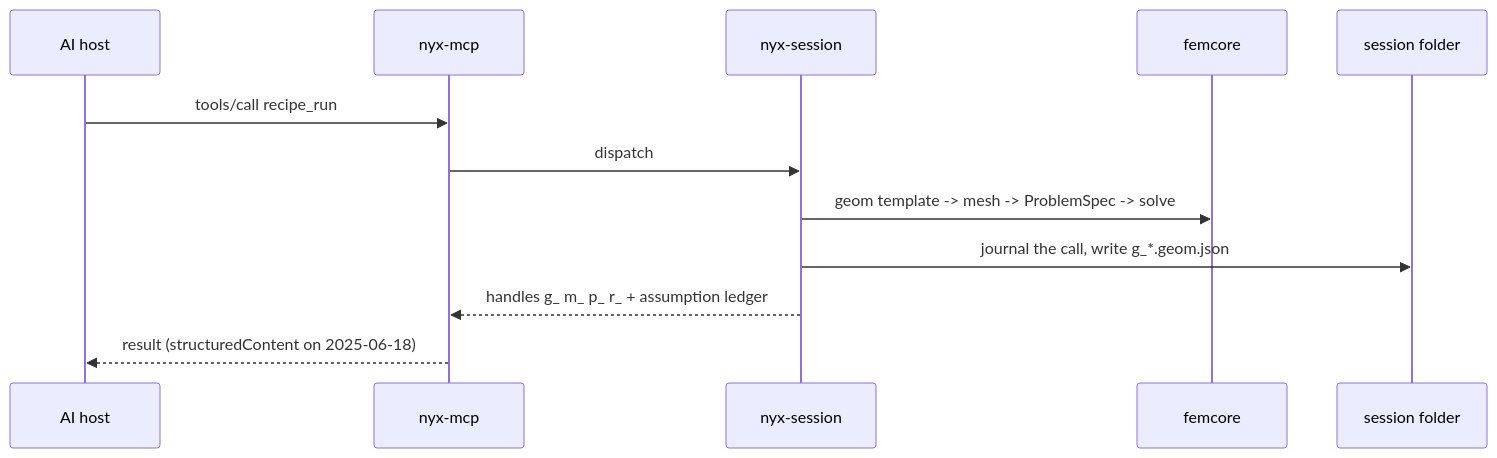
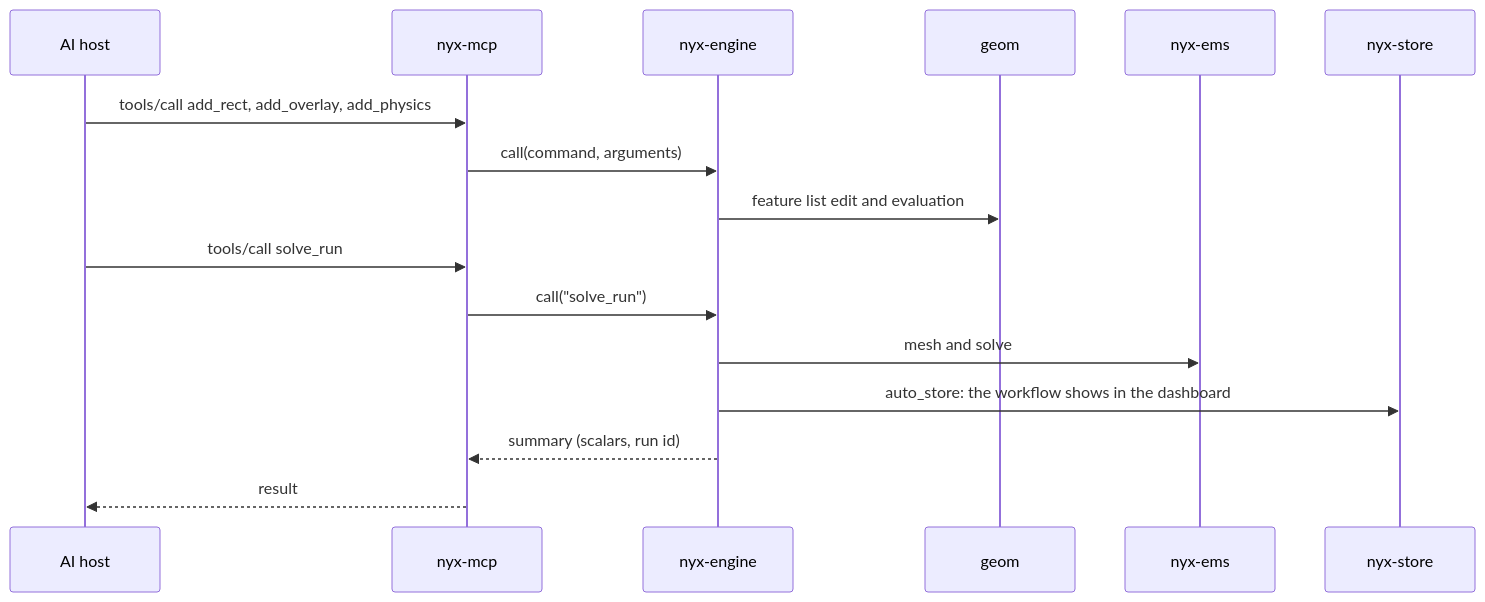
Before and after one commit to p-j-r/nyx: the sixth of 7 diagrams in docs/architecture/diagrams.md, drawn with Mermaid. The commit also changed other lines of this file and 50 other files, not shown here.

````diff
--- a/docs/architecture/diagrams.md
+++ b/docs/architecture/diagrams.md
@@ -136,14 +163,18 @@
 ```mermaid
 sequenceDiagram
-  participant H as AI host
+  participant A as AI host
   participant M as nyx-mcp
-  participant S as nyx-session
-  participant F as femcore
-  participant J as session folder
-  H->>M: tools/call recipe_run
-  M->>S: dispatch
-  S->>F: geom template -> mesh -> ProblemSpec -> solve
-  S->>J: journal the call, write g_*.geom.json
-  S-->>M: handles g_ m_ p_ r_ + assumption ledger
-  M-->>H: result (structuredContent on 2025-06-18)
+  participant E as nyx-engine
+  participant G as geom
+  participant K as nyx-ems
+  participant S as nyx-store
+  A->>M: tools/call add_rect, add_overlay, add_physics
+  M->>E: call(command, arguments)
+  E->>G: feature list edit and evaluation
+  A->>M: tools/call solve_run
+  M->>E: call("solve_run")
+  E->>K: mesh and solve
+  E->>S: auto_store: the workflow shows in the dashboard
+  E-->>M: summary (scalars, run id)
+  M-->>A: result
 ```
````
